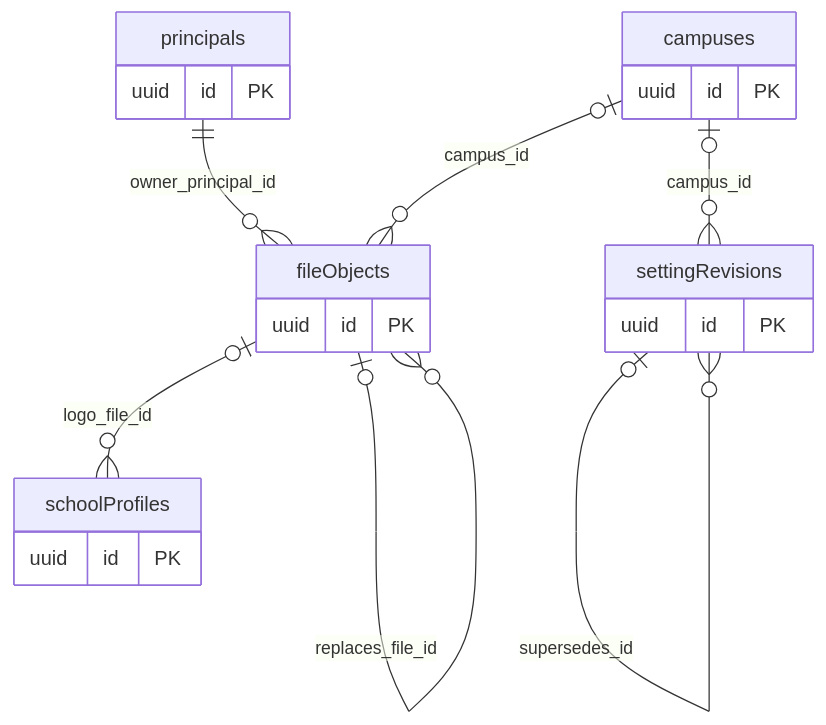
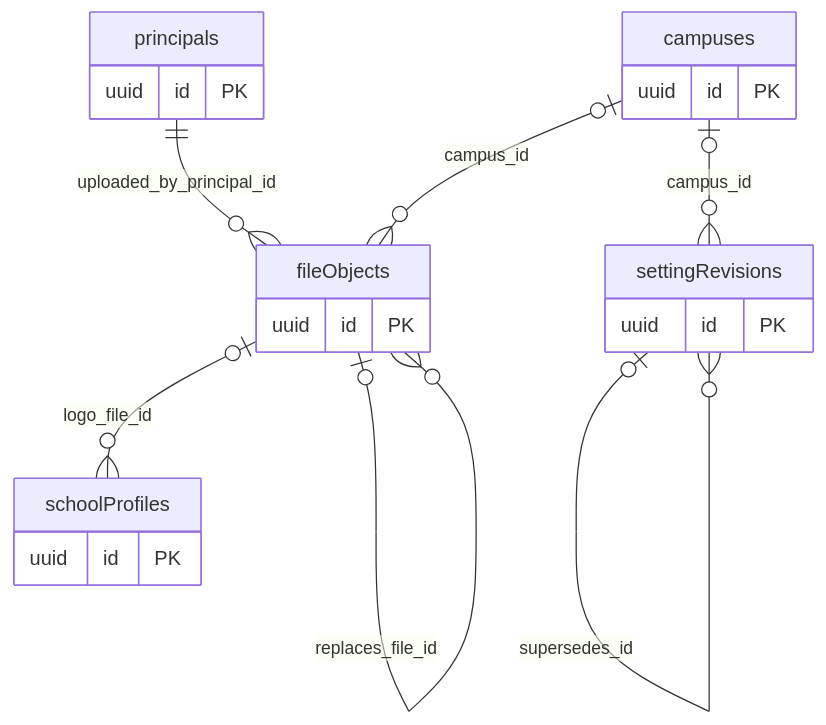
The seventh of 8 diagrams in docs/database/04_foundation_erd.md (yunusyosaf399/edusync_saas_school_app), drawn with Mermaid before and after one commit. The commit also changed 14 other files, not shown here.

```diff
--- a/docs/database/04_foundation_erd.md
+++ b/docs/database/04_foundation_erd.md
@@ -242,24 +242,24 @@
 ~~~mermaid
 erDiagram
   fileObjects {
     uuid id PK
   }
   settingRevisions {
     uuid id PK
   }
   principals {
     uuid id PK
   }
   campuses {
     uuid id PK
   }
   schoolProfiles {
     uuid id PK
   }
-  principals ||--o{ fileObjects : "owner_principal_id"
+  principals ||--o{ fileObjects : "uploaded_by_principal_id"
   campuses o|--o{ fileObjects : "campus_id"
   fileObjects o|--o{ fileObjects : "replaces_file_id"
   fileObjects o|--o{ schoolProfiles : "logo_file_id"
   campuses o|--o{ settingRevisions : "campus_id"
   settingRevisions o|--o{ settingRevisions : "supersedes_id"
 ~~~
```
